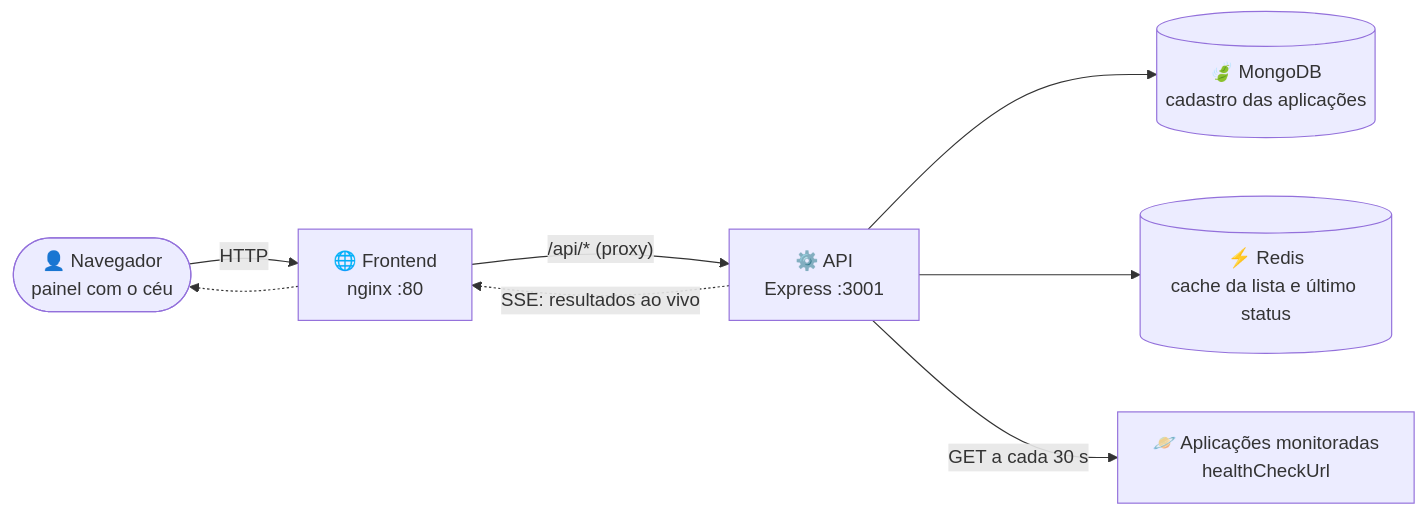
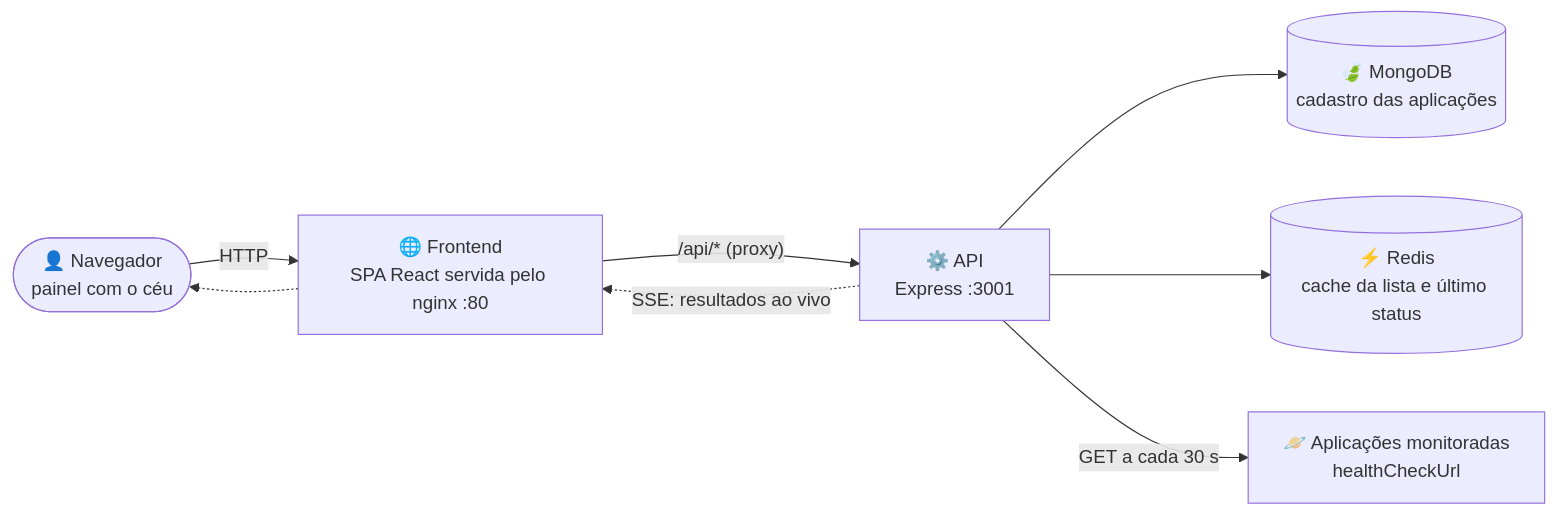
One commit to evignacio/orbital-app changed the diagram in README.md. Above: the diagram before and after it, drawn with Mermaid. The commit also changed other lines of this file, not shown here.

Commit message:
Atualizando o README para o frontend em React + TypeScript com Vite

````diff
--- a/README.md
+++ b/README.md
@@ -22,17 +25,17 @@
 ```mermaid
 flowchart LR
     U(["👤 Navegador<br/>painel com o céu"])
-    F["🌐 Frontend<br/>nginx :80"]
+    F["🌐 Frontend<br/>SPA React servida pelo nginx :80"]
     A["⚙️ API<br/>Express :3001"]
     M[("🍃 MongoDB<br/>cadastro das aplicações")]
     R[("⚡ Redis<br/>cache da lista e último status")]
     S["🪐 Aplicações monitoradas<br/>healthCheckUrl"]
 
     U -->|HTTP| F
     F -->|"/api/* (proxy)"| A
     A -.->|"SSE: resultados ao vivo"| F
     F -.-> U
     A --> M
     A --> R
     A -->|"GET a cada 30 s"| S
 ```
````
